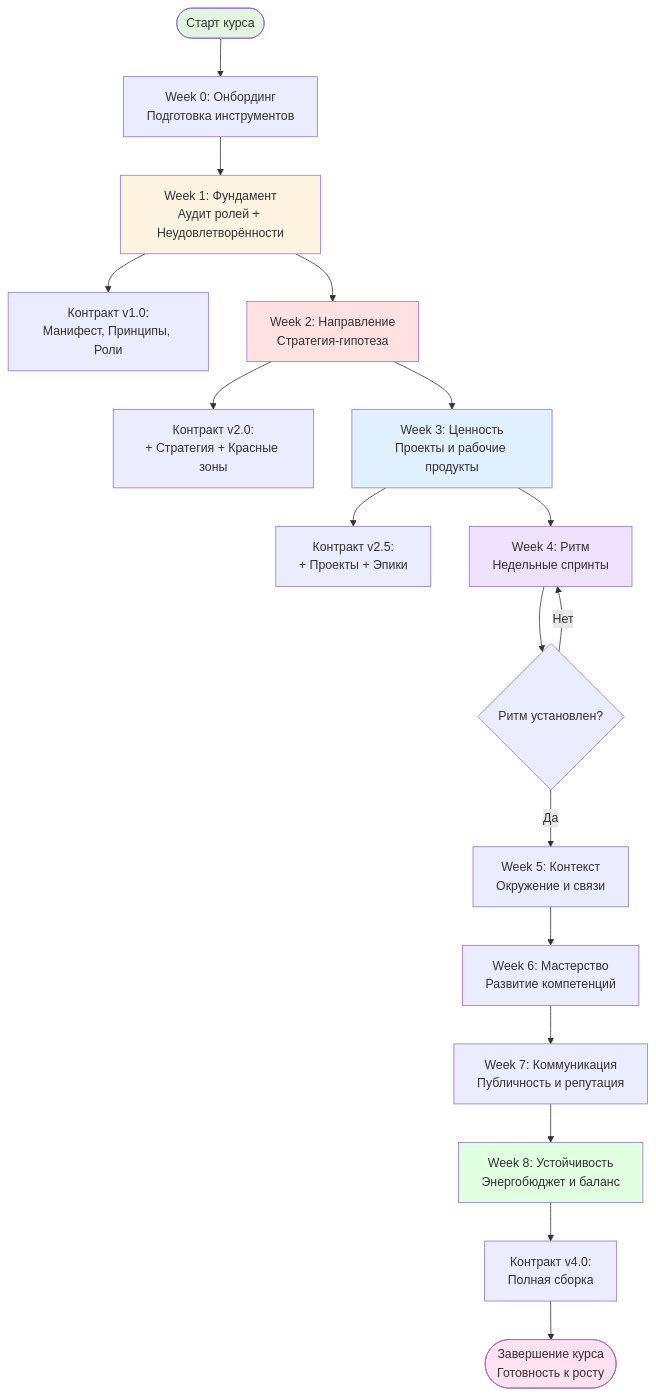
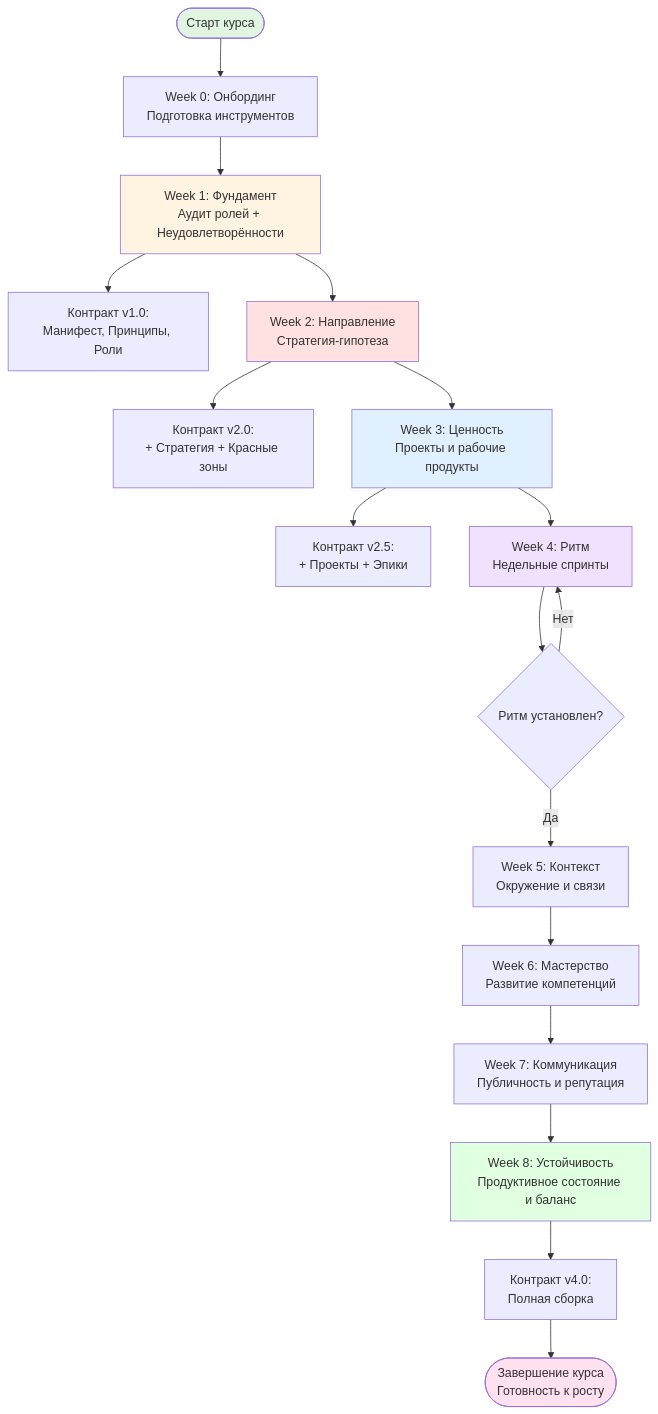
One commit to pokrovskiyv/msw-framework changed the first of 8 diagrams in Framework_Roadmap.md. Above: the diagram before and after it, drawn with Mermaid. The commit also changed other lines of this file and 18 other files, not shown here.

````diff
--- a/Framework_Roadmap.md
+++ b/Framework_Roadmap.md
@@ -12,34 +12,34 @@
 ```mermaid
 flowchart TD
     Start([Старт курса]) --> W0[Week 0: Онбординг<br/>Подготовка инструментов]
     
     W0 --> W1[Week 1: Фундамент<br/>Аудит ролей + Неудовлетворённости]
     W1 --> Contract1[Контракт v1.0:<br/>Манифест, Принципы, Роли]
     
     W1 --> W2[Week 2: Направление<br/>Стратегия-гипотеза]
     W2 --> Contract2[Контракт v2.0:<br/>+ Стратегия + Красные зоны]
     
     W2 --> W3[Week 3: Ценность<br/>Проекты и рабочие продукты]
     W3 --> Contract25[Контракт v2.5:<br/>+ Проекты + Эпики]
     
     W3 --> W4[Week 4: Ритм<br/>Недельные спринты]
     W4 --> Rhythm{Ритм установлен?}
     
     Rhythm -->|Да| W5[Week 5: Контекст<br/>Окружение и связи]
     Rhythm -->|Нет| W4
     
     W5 --> W6[Week 6: Мастерство<br/>Развитие компетенций]
     W6 --> W7[Week 7: Коммуникация<br/>Публичность и репутация]
-    W7 --> W8[Week 8: Устойчивость<br/>Энергобюджет и баланс]
+    W7 --> W8[Week 8: Устойчивость<br/>Продуктивное состояние и баланс]
     
     W8 --> Contract4[Контракт v4.0:<br/>Полная сборка]
     Contract4 --> End([Завершение курса<br/>Готовность к росту])
     
     style Start fill:#e1f5e1
     style W1 fill:#fff4e1
     style W2 fill:#ffe1e1
     style W3 fill:#e1f0ff
     style W4 fill:#f0e1ff
     style W8 fill:#e1ffe1
     style End fill:#ffe1f0
 ```
````
